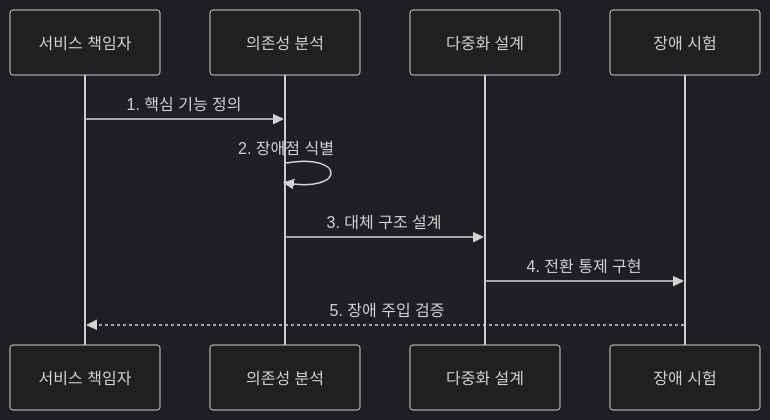
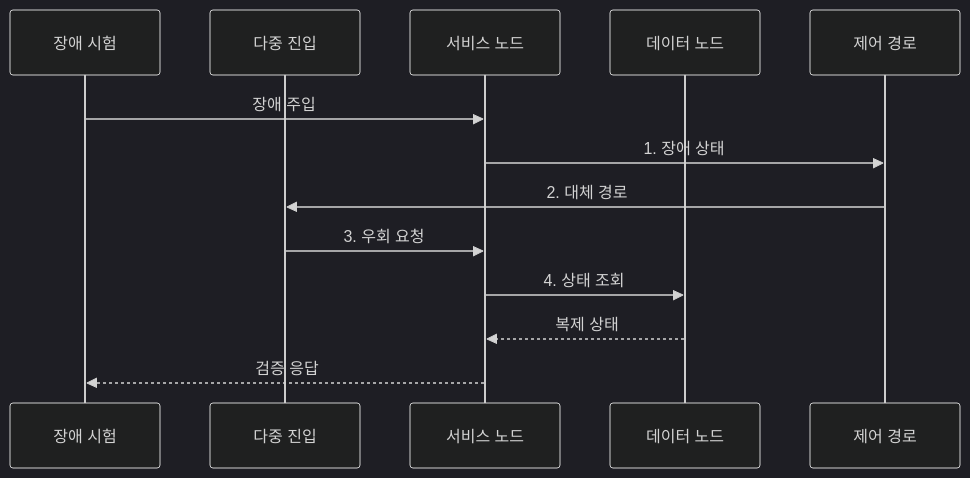
Before and after one commit to agnusdei1207/knowledge-base: the second of 2 diagrams in src/content/docs/notes/03-software/199_spof_elimination.md, drawn with Mermaid (dark theme). The commit also changed other lines of this file and 20 other files, not shown here.

````diff
--- a/src/content/docs/notes/03-software/199_spof_elimination.md
+++ b/src/content/docs/notes/03-software/199_spof_elimination.md
@@ -86,12 +86,15 @@
 ```mermaid
 sequenceDiagram
-    participant O as 서비스 책임자
-    participant A as 의존성 분석
-    participant D as 다중화 설계
     participant T as 장애 시험
-    O->>A: 1. 핵심 기능 정의
-    A->>A: 2. 장애점 식별
-    A->>D: 3. 대체 구조 설계
-    D->>T: 4. 전환 통제 구현
-    T-->>O: 5. 장애 주입 검증
+    participant E as 다중 진입
+    participant S as 서비스 노드
+    participant D as 데이터 노드
+    participant C as 제어 경로
+    T->>S: 장애 주입
+    S->>C: 1. 장애 상태
+    C->>E: 2. 대체 경로
+    E->>S: 3. 우회 요청
+    S->>D: 4. 상태 조회
+    D-->>S: 복제 상태
+    S-->>T: 검증 응답
 ```
````
